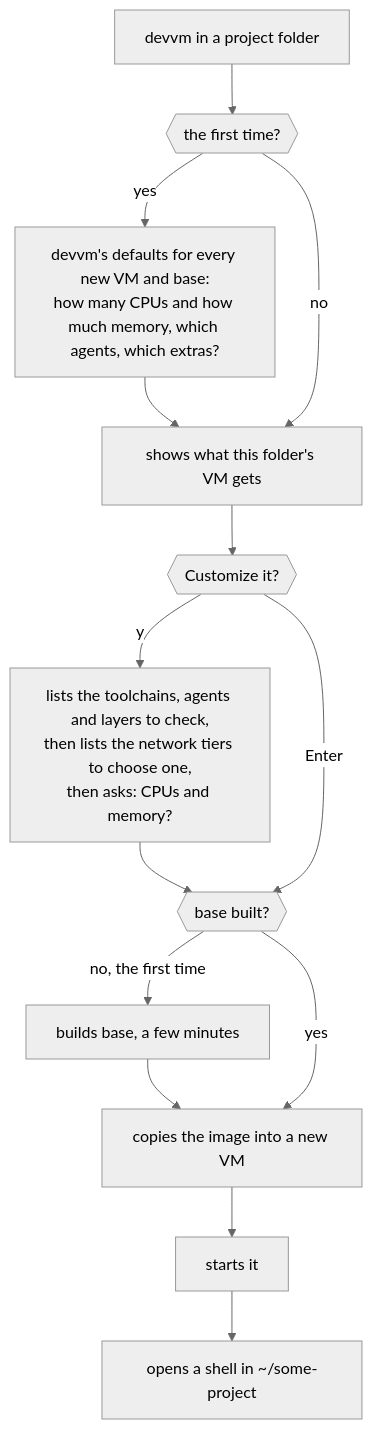
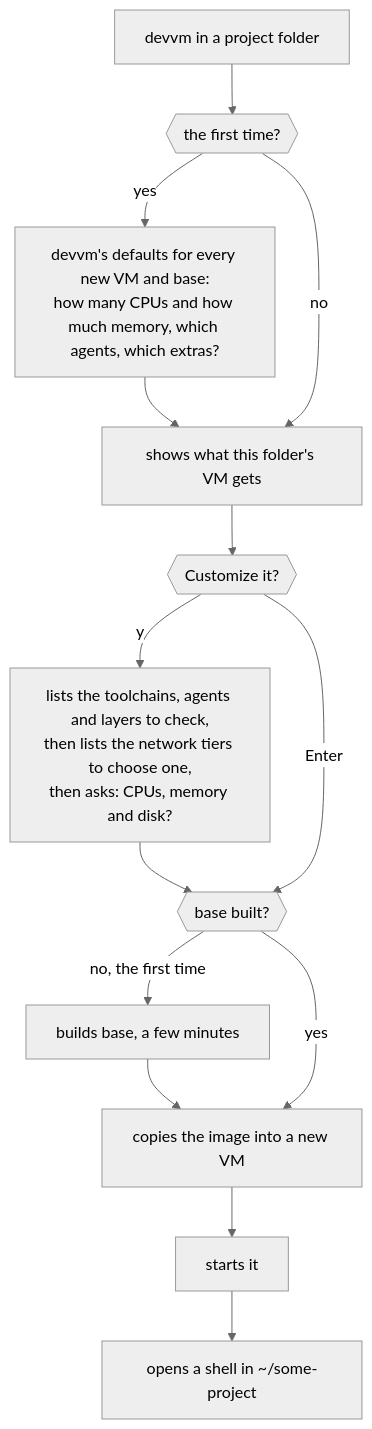
Before and after one commit to DustyPolk/devvm: the diagram in docs/content/docs/getting-started/first-vm.md, drawn with Mermaid (neutral theme). The commit also changed other lines of this file and 14 other files, not shown here.

First line of the commit message:
feat(vm): customizing a new VM asks its disk after its memory

````diff
--- a/docs/content/docs/getting-started/first-vm.md
+++ b/docs/content/docs/getting-started/first-vm.md
@@ -82,12 +82,12 @@
 ```mermaid
 flowchart TD
   run["devvm in a project folder"] --> first{{"the first time?"}}
   first -- "yes" --> size["devvm's defaults for every new VM and base:<br>how many CPUs and how much memory, which agents, which extras?"] --> summary
   first -- "no" --> summary["shows what this folder's VM gets"]
   summary --> custom{{"Customize it?"}}
-  custom -- "y" --> pick["lists the toolchains, agents and layers to check,<br>then lists the network tiers to choose one,<br>then asks: CPUs and memory?"] --> built
+  custom -- "y" --> pick["lists the toolchains, agents and layers to check,<br>then lists the network tiers to choose one,<br>then asks: CPUs, memory and disk?"] --> built
   custom -- "Enter" --> built{{"base built?"}}
   built -- "no, the first time" --> build["builds base, a few minutes"] --> copy
   built -- "yes" --> copy["copies the image into a new VM"]
   copy --> start["starts it"] --> shell["opens a shell in ~/some-project"]
 ```
````
